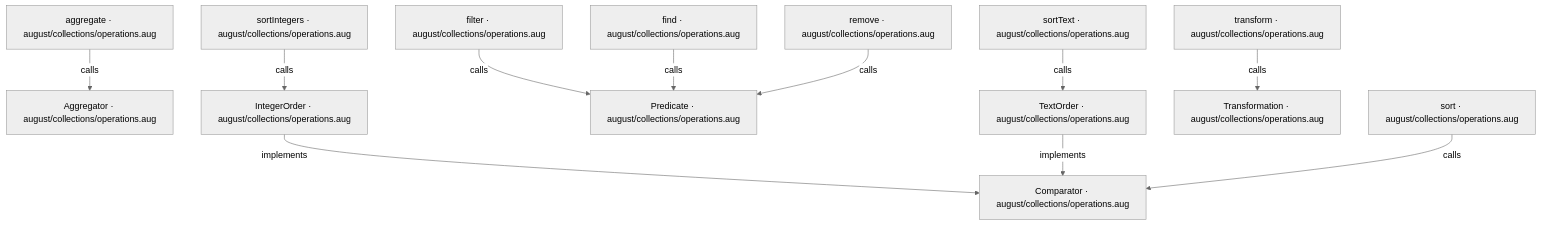
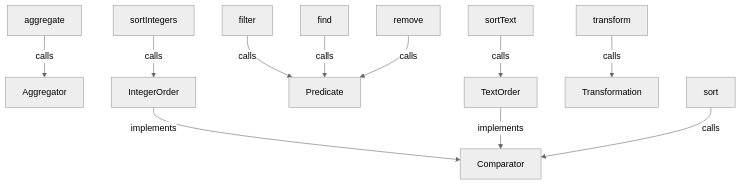
One commit to GreenPandaStudios/augscript changed the first of 12 diagrams in src/stdlib/collections/operations.aug.diagrams.md. Above: the diagram before and after it, drawn with Mermaid (neutral theme). The commit also changed other lines of this file and 524 other files, not shown here.

Commit message:
Explain checked data flow at folder and service levels

````diff
--- a/src/stdlib/collections/operations.aug.diagrams.md
+++ b/src/stdlib/collections/operations.aug.diagrams.md
@@ -9,27 +9,27 @@
 ```mermaid
 flowchart TD
-    n0["Aggregator · august/collections/operations.aug"]
-    n1["Comparator · august/collections/operations.aug"]
-    n2["IntegerOrder · august/collections/operations.aug"]
-    n3["Predicate · august/collections/operations.aug"]
-    n4["TextOrder · august/collections/operations.aug"]
-    n5["Transformation · august/collections/operations.aug"]
-    n6["aggregate · august/collections/operations.aug"]
-    n7["filter · august/collections/operations.aug"]
-    n8["find · august/collections/operations.aug"]
-    n9["remove · august/collections/operations.aug"]
-    n10["sort · august/collections/operations.aug"]
-    n11["sortIntegers · august/collections/operations.aug"]
-    n12["sortText · august/collections/operations.aug"]
-    n13["transform · august/collections/operations.aug"]
+    n0["Aggregator"]
+    n1["Comparator"]
+    n2["IntegerOrder"]
+    n3["Predicate"]
+    n4["TextOrder"]
+    n5["Transformation"]
+    n6["aggregate"]
+    n7["filter"]
+    n8["find"]
+    n9["remove"]
+    n10["sort"]
+    n11["sortIntegers"]
+    n12["sortText"]
+    n13["transform"]
     n2 -->|"implements"| n1
     n4 -->|"implements"| n1
     n6 -->|"calls"| n0
     n7 -->|"calls"| n3
     n8 -->|"calls"| n3
     n9 -->|"calls"| n3
     n10 -->|"calls"| n1
     n11 -->|"calls"| n2
     n12 -->|"calls"| n4
     n13 -->|"calls"| n5
 ```
````
